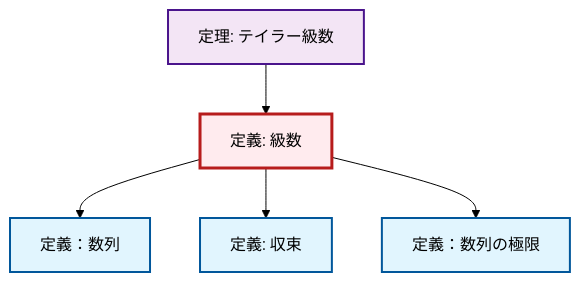
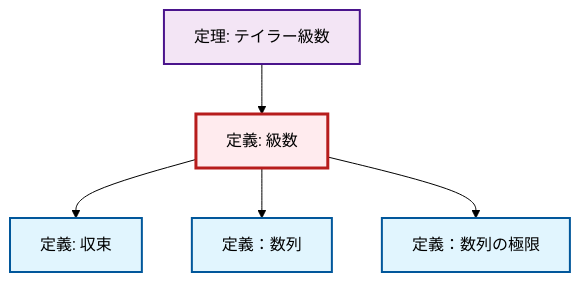
Before and after one commit to RK0429/ModernMath: the diagram in output/mermaid/ja/def-series.mermaid, drawn with Mermaid (forest theme). The commit also changed other lines of this file and 3098 other files, not shown here.

```diff
--- a/output/mermaid/ja/def-series.mermaid
+++ b/output/mermaid/ja/def-series.mermaid
@@ -1,17 +1,17 @@
 %%| fig-cap: "Local dependency graph"
 graph TD
     classDef definition fill:#e1f5fe,stroke:#01579b,stroke-width:2px
     classDef theorem fill:#f3e5f5,stroke:#4a148c,stroke-width:2px
     classDef axiom fill:#fff3e0,stroke:#e65100,stroke-width:2px
     classDef example fill:#e8f5e9,stroke:#1b5e20,stroke-width:2px
     classDef current fill:#ffebee,stroke:#b71c1c,stroke-width:3px
     def-limit["定義：数列の極限"]:::definition
+    def-series["定義: 級数"]:::definition
     def-convergence["定義: 収束"]:::definition
     thm-taylor-series["定理: テイラー級数"]:::theorem
-    def-series["定義: 級数"]:::definition
     def-sequence["定義：数列"]:::definition
+    def-series --> def-convergence
     def-series --> def-sequence
-    def-series --> def-convergence
+    def-series --> def-limit
     thm-taylor-series --> def-series
-    def-series --> def-limit
     class def-series current
```
